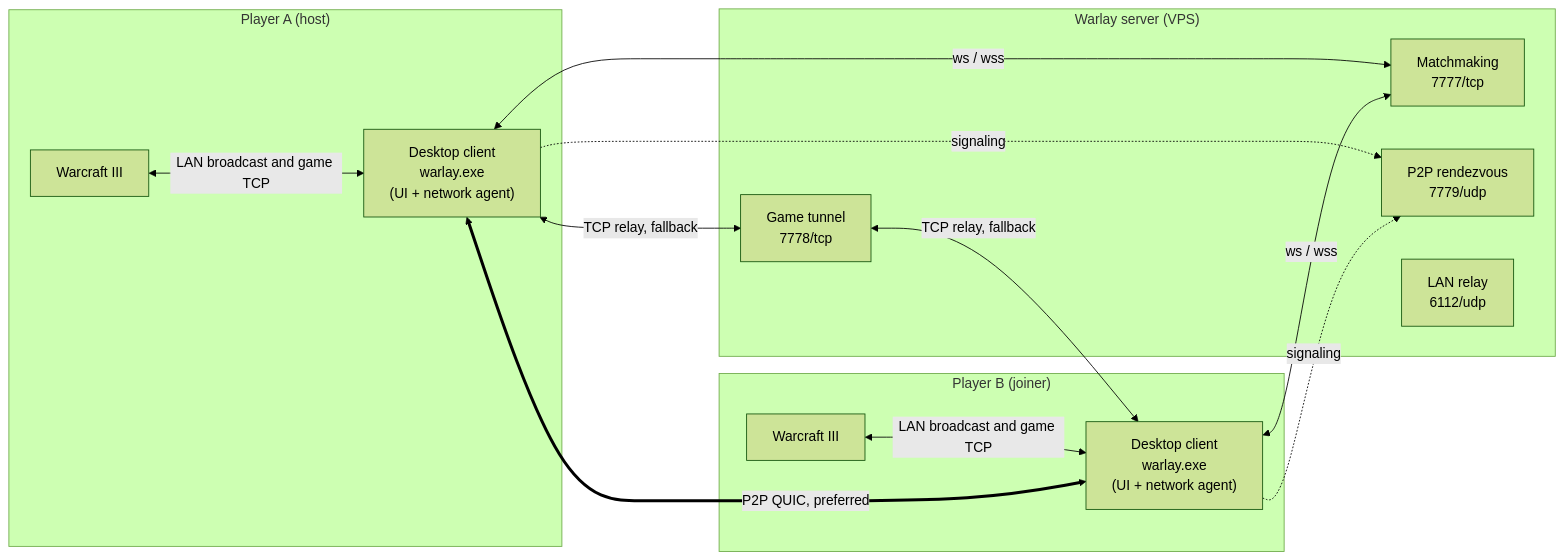
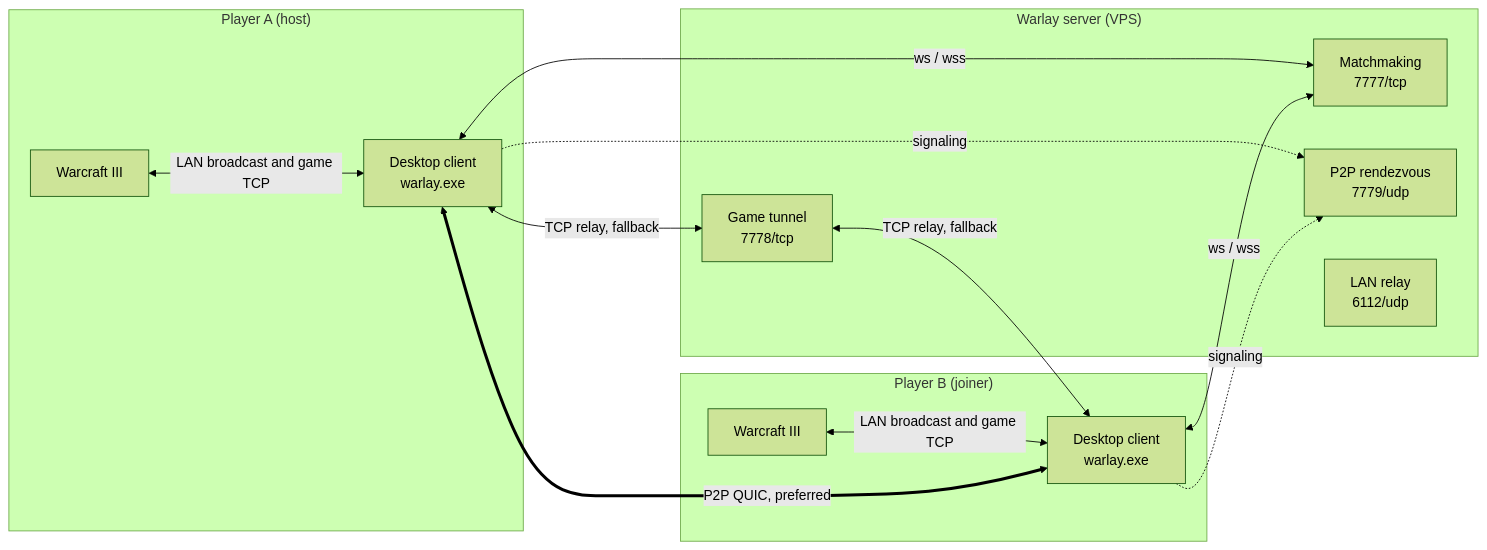
One commit to jhonsferg/warlay changed the first of 4 diagrams in README.md. Above: the diagram before and after it, drawn with Mermaid (forest theme). The commit also changed other lines of this file, not shown here.

````diff
--- a/README.md
+++ b/README.md
@@ -70,31 +70,31 @@
 ```mermaid
 flowchart LR
     subgraph host["Player A (host)"]
         hostGame["Warcraft III"]
-        hostClient["Desktop client<br/>warlay.exe<br/>(UI + network agent)"]
+        hostClient["Desktop client<br/>warlay.exe"]
     end
 
     subgraph hub["Warlay server (VPS)"]
         matchmaking["Matchmaking<br/>7777/tcp"]
         tunnel["Game tunnel<br/>7778/tcp"]
         rendezvous["P2P rendezvous<br/>7779/udp"]
         lanRelay["LAN relay<br/>6112/udp"]
     end
 
     subgraph joiner["Player B (joiner)"]
         joinerGame["Warcraft III"]
-        joinerClient["Desktop client<br/>warlay.exe<br/>(UI + network agent)"]
+        joinerClient["Desktop client<br/>warlay.exe"]
     end
 
     hostGame <-->|LAN broadcast and game TCP| hostClient
     joinerGame <-->|LAN broadcast and game TCP| joinerClient
 
     hostClient <-->|ws / wss| matchmaking
     joinerClient <-->|ws / wss| matchmaking
     hostClient -.->|signaling| rendezvous
     joinerClient -.->|signaling| rendezvous
 
     hostClient <==>|P2P QUIC, preferred| joinerClient
     hostClient <-->|TCP relay, fallback| tunnel
     tunnel <-->|TCP relay, fallback| joinerClient
 ```
````
